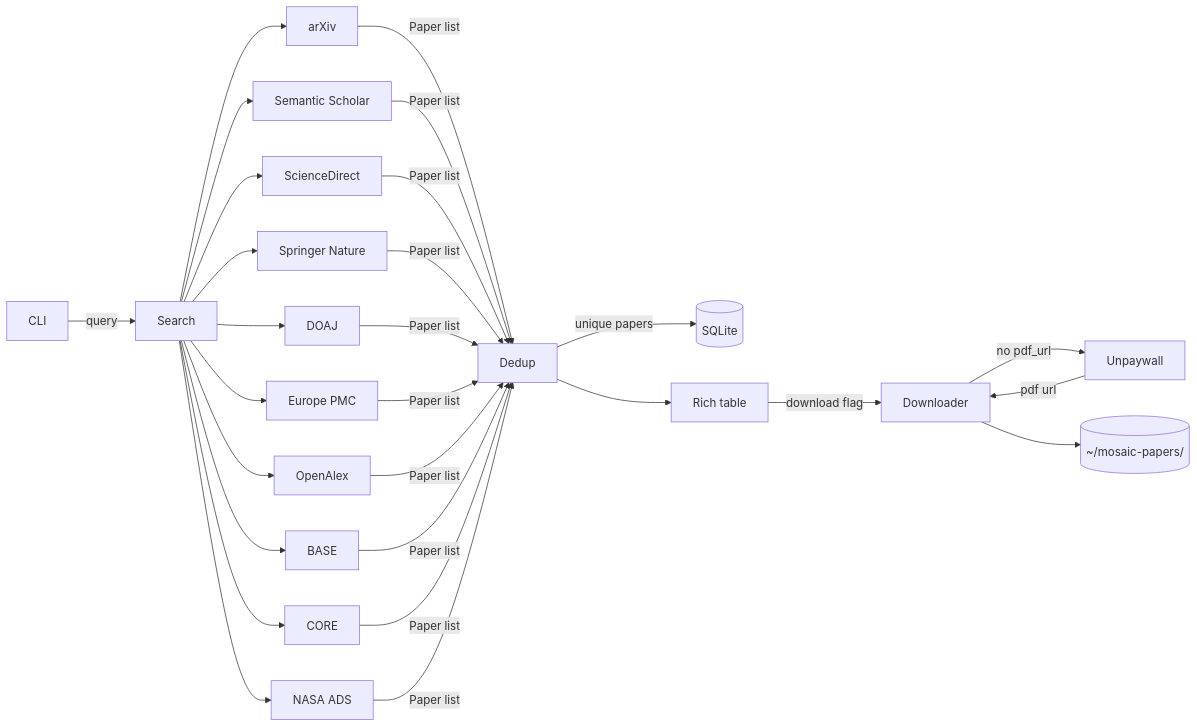
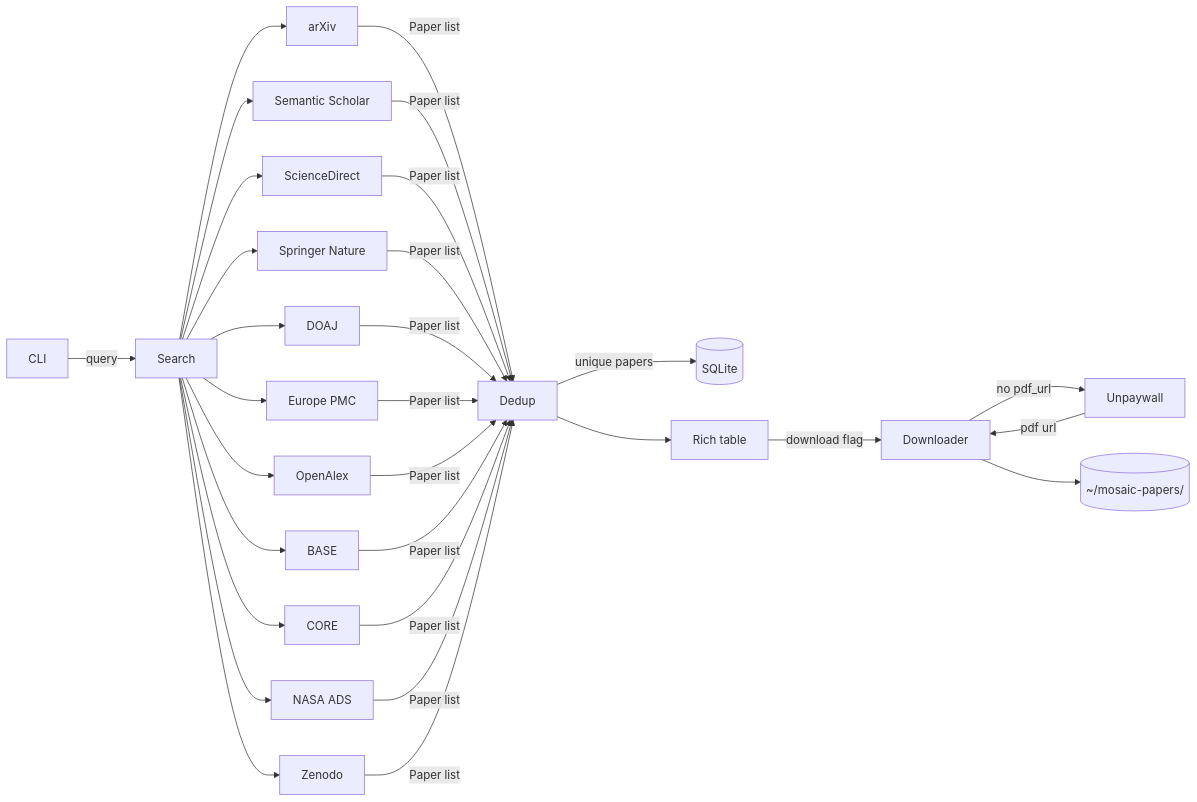
Before and after one commit to szaghi/mosaic: the diagram in docs/index.md, drawn with Mermaid. The commit also changed other lines of this file and 12 other files, not shown here.

````diff
--- a/docs/index.md
+++ b/docs/index.md
@@ -57,12 +57,12 @@
 ```mermaid
 flowchart LR
     CLI -->|query| Search
-    Search --> arXiv & SS[Semantic Scholar] & SD[ScienceDirect] & SP[Springer Nature] & DOAJ & EPMC[Europe PMC] & OA[OpenAlex] & BASE & CORE & ADS[NASA ADS]
-    arXiv & SS & SD & SP & DOAJ & EPMC & OA & BASE & CORE & ADS -->|Paper list| Dedup
+    Search --> arXiv & SS[Semantic Scholar] & SD[ScienceDirect] & SP[Springer Nature] & DOAJ & EPMC[Europe PMC] & OA[OpenAlex] & BASE & CORE & ADS[NASA ADS] & ZEN[Zenodo]
+    arXiv & SS & SD & SP & DOAJ & EPMC & OA & BASE & CORE & ADS & ZEN -->|Paper list| Dedup
     Dedup -->|unique papers| Cache[(SQLite)]
     Dedup --> Table[Rich table]
     Table -->|download flag| DL[Downloader]
     DL -->|no pdf_url| UPW[Unpaywall]
     UPW -->|pdf url| DL
     DL --> Disk[(~/mosaic-papers/)]
 ```
````
